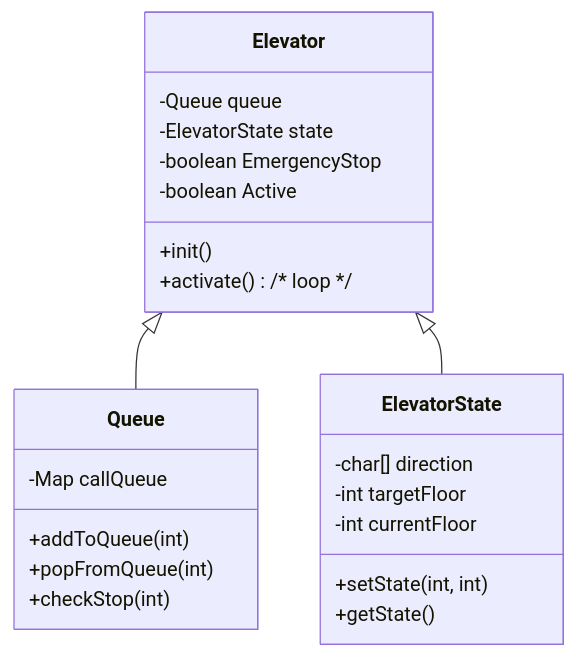
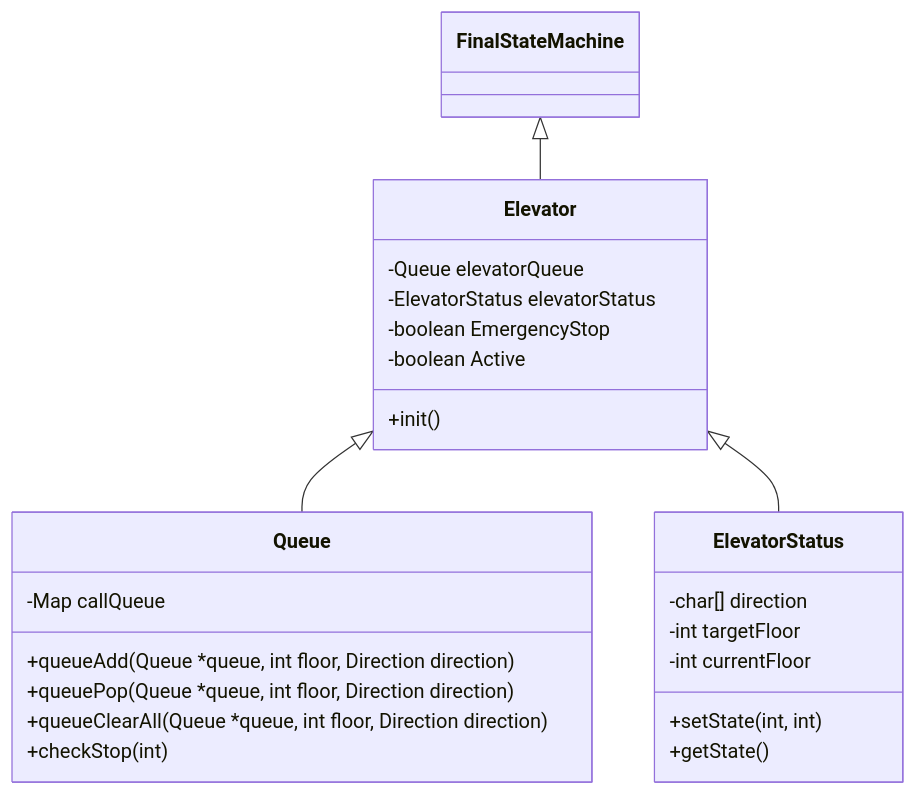
Before and after one commit to andreasnett/heislab: the first of 5 diagrams in mermaid.md, drawn with Mermaid. The commit also changed 1 other file, not shown here.

Commit message:
add some documentation

````diff
--- a/mermaid.md
+++ b/mermaid.md
@@ -5,28 +5,33 @@
 ```mermaid
 classDiagram
     Elevator <|-- Queue
-    Elevator <|-- ElevatorState
+    Elevator <|-- ElevatorStatus
+    FinalStateMachine <|-- Elevator
     class Elevator{
-      -Queue queue
-      -ElevatorState state
+      -Queue elevatorQueue
+      -ElevatorStatus elevatorStatus
       -boolean EmergencyStop
       -boolean Active
       +init()
-      +activate() /* loop */
     }
 
     class Queue{
       -Map callQueue
-      +addToQueue(int)
-      +popFromQueue(int)
+      +queueAdd(Queue *queue, int floor, Direction direction)
+      +queuePop(Queue *queue, int floor, Direction direction)
+      +queueClearAll(Queue *queue, int floor, Direction direction)
       +checkStop(int)
     }
 
-    class ElevatorState{
+    class ElevatorStatus{
       -char[] direction
       -int targetFloor
       -int currentFloor
       +setState(int, int)
       +getState()
     }
+
+    class FinalStateMachine {
+
+    }
 ```
````
